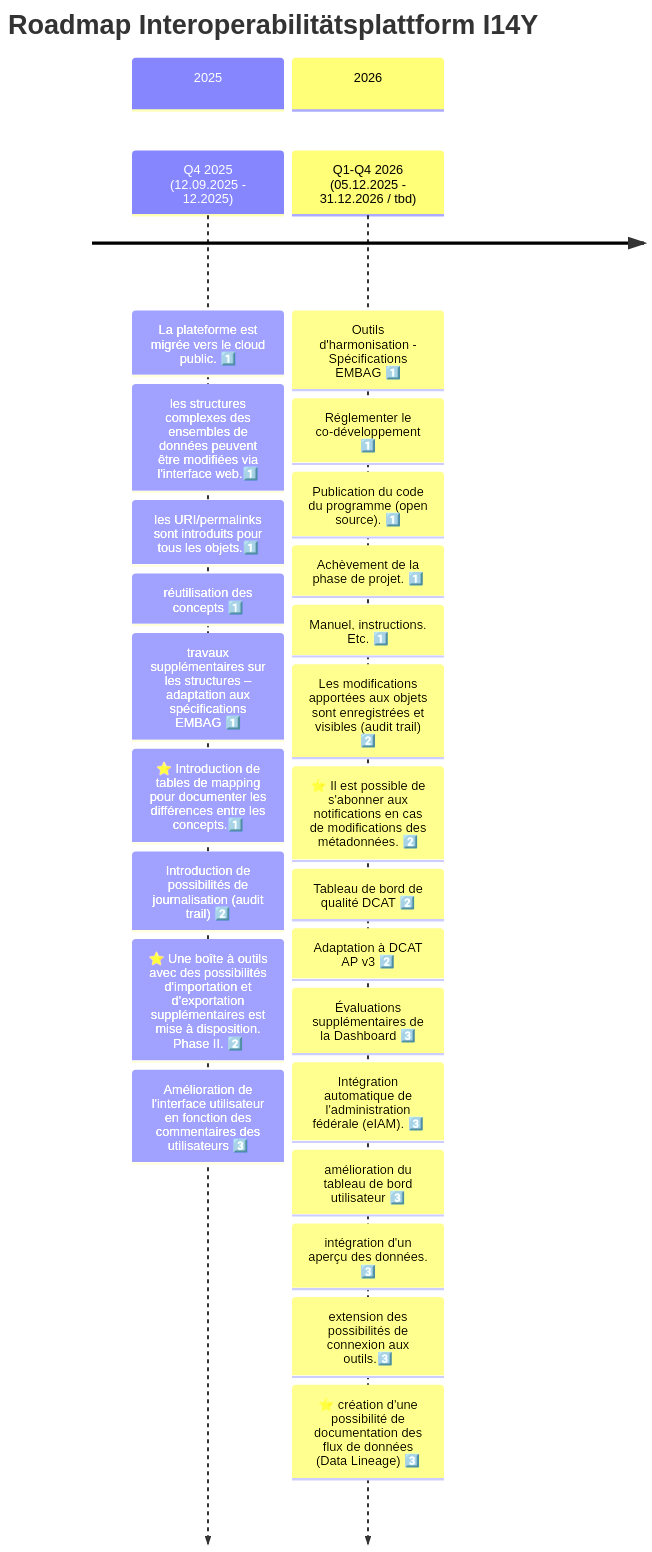
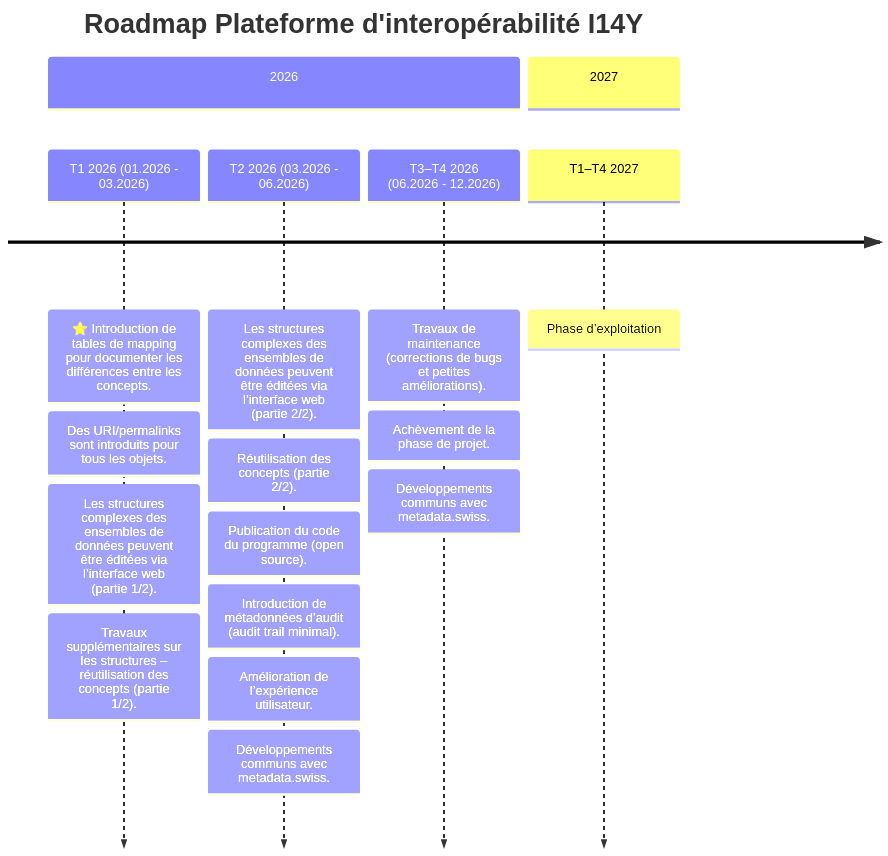
One commit to I14Y-ch/handbook changed the diagram in content/fr/plateforme/roadmap.md. Above: the diagram before and after it, drawn with Mermaid. The commit also changed other lines of this file and 3 other files, not shown here.

Commit message:
Added roadmap in FR, IT and EN

```diff
--- a/content/fr/plateforme/roadmap.md
+++ b/content/fr/plateforme/roadmap.md
@@ -19,36 +20,30 @@
 {{< mermaid width="650px" >}}
 timeline
-    title Roadmap Interoperabilitätsplattform I14Y
-    
-    section 2025
-    
-        Q4 2025 (12.09.2025 - 12.2025)
-        : La plateforme est migrée vers le cloud public. 1️⃣
-        : les structures complexes des ensembles de données peuvent être modifiées via l'interface web.1️⃣
-        : les URI/permalinks sont introduits pour tous les objets.1️⃣
-        : réutilisation des concepts 1️⃣
-        : travaux supplémentaires sur les structures – adaptation aux spécifications EMBAG 1️⃣
-        : ⭐ Introduction de tables de mapping pour documenter les différences entre les concepts.1️⃣
-        : Introduction de possibilités de journalisation (audit trail) 2️⃣
-        : ⭐ Une boîte à outils avec des possibilités d'importation et d'exportation supplémentaires est mise à disposition. Phase II. 2️⃣
-        : Amélioration de l'interface utilisateur en fonction des commentaires des utilisateurs 3️⃣
+    title Roadmap Plateforme d'interopérabilité I14Y
 
     section 2026
-        Q1-Q4 2026 (05.12.2025 - 31.12.2026 / tbd)
-        : Outils d'harmonisation - Spécifications EMBAG 1️⃣
-        : Réglementer le co-développement 1️⃣
-        : Publication du code du programme (open source). 1️⃣
-        : Achèvement de la phase de projet. 1️⃣
-        : Manuel, instructions. Etc. 1️⃣
-        : Les modifications apportées aux objets sont enregistrées et visibles (audit trail) 2️⃣
-        : ⭐ Il est possible de s'abonner aux notifications en cas de modifications des métadonnées. 2️⃣
-        : Tableau de bord de qualité DCAT 2️⃣
-        : Adaptation à DCAT AP v3 2️⃣
-        : Évaluations supplémentaires de la Dashboard 3️⃣
-        : Intégration automatique de l'administration fédérale (eIAM). 3️⃣
-        : amélioration du tableau de bord utilisateur 3️⃣
-        : intégration d'un aperçu des données. 3️⃣
-        : extension des possibilités de connexion aux outils.3️⃣
-        : ⭐ création d'une possibilité de documentation des flux de données (Data Lineage) 3️⃣
+
+        T1 2026 (01.2026 - 03.2026)
+        : ⭐ Introduction de tables de mapping pour documenter les différences entre les concepts.
+        : Des URI/permalinks sont introduits pour tous les objets.
+        : Les structures complexes des ensembles de données peuvent être éditées via l’interface web (partie 1/2).
+        : Travaux supplémentaires sur les structures – réutilisation des concepts (partie 1/2).
+
+        T2 2026 (03.2026 - 06.2026)
+        : Les structures complexes des ensembles de données peuvent être éditées via l’interface web (partie 2/2).
+        : Réutilisation des concepts (partie 2/2).
+        : Publication du code du programme (open source).
+        : Introduction de métadonnées d’audit (audit trail minimal).
+        : Amélioration de l’expérience utilisateur.
+        : Développements communs avec metadata.swiss.
+
+        T3–T4 2026 (06.2026 - 12.2026)
+        : Travaux de maintenance (corrections de bugs et petites améliorations).
+        : Achèvement de la phase de projet.
+        : Développements communs avec metadata.swiss.
+
+    section 2027
+        T1–T4 2027
+        : Phase d’exploitation
 
 {{< /mermaid >}}
```
